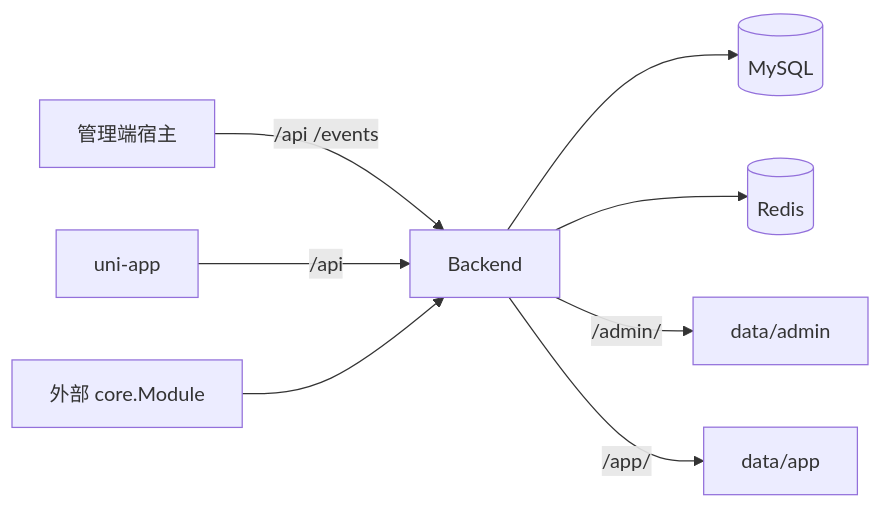
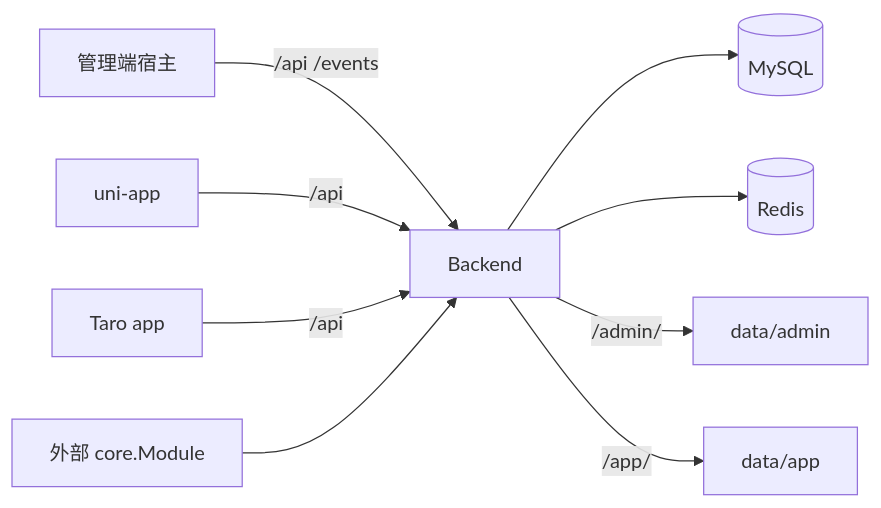
Before and after one commit to liujitcn/kratos-admin: the diagram in docs/系统总体设计.md, drawn with Mermaid. The commit also changed other lines of this file and 15 other files, not shown here.

````diff
--- a/docs/系统总体设计.md
+++ b/docs/系统总体设计.md
@@ -22,10 +23,11 @@
 ```mermaid
 flowchart LR
   Admin["管理端宿主"] -->|"/api /events"| Backend["Backend"]
-  App["uni-app"] -->|"/api"| Backend
+  UniApp["uni-app"] -->|"/api"| Backend
+  Taro["Taro app"] -->|"/api"| Backend
   Backend --> DB[("MySQL")]
   Backend --> Redis[("Redis")]
   Backend -->|"/admin/"| AdminFiles["data/admin"]
   Backend -->|"/app/"| AppFiles["data/app"]
   Module["外部 core.Module"] --> Backend
 ```
````
